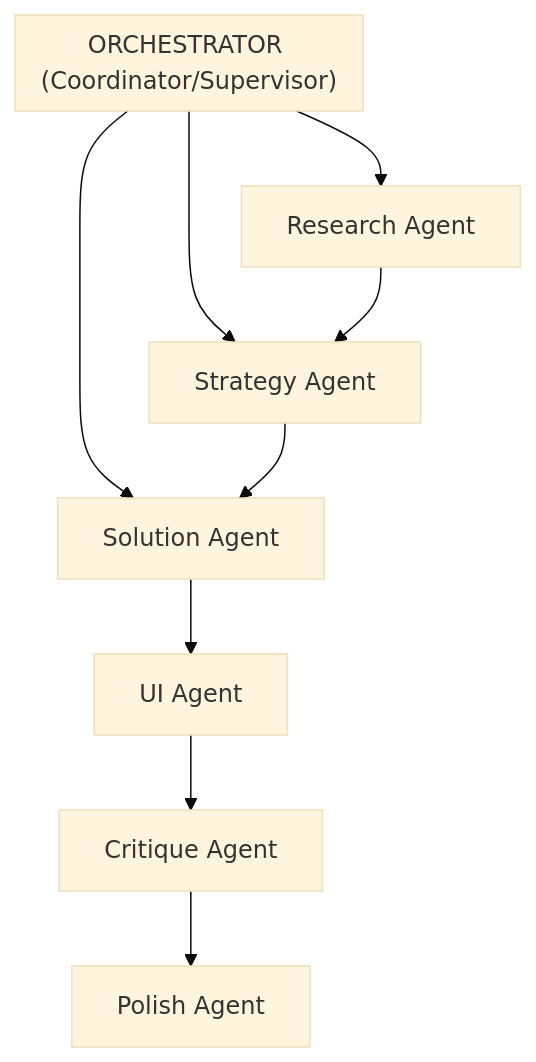
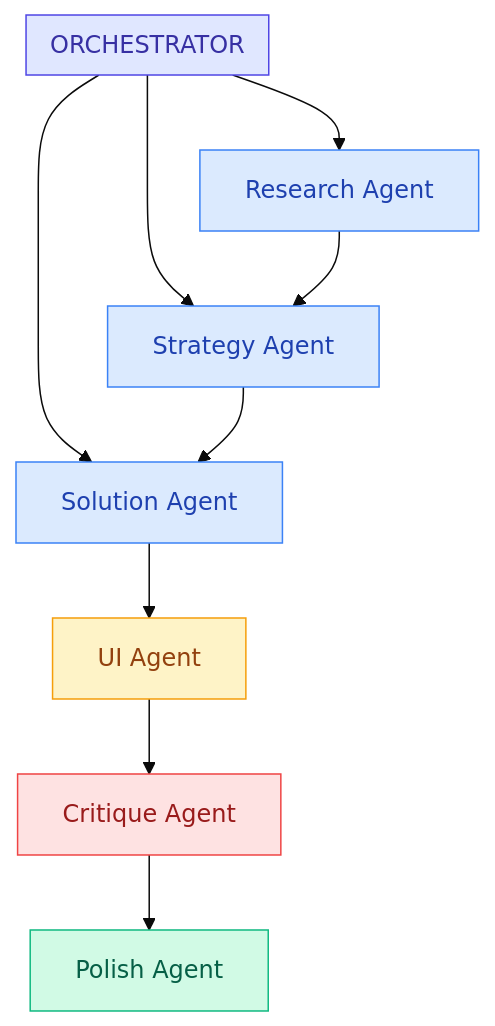
One commit to smileynet/ui-optimizer changed the diagram in docs/workflow/orchestrator.md. Above: the diagram before and after it, drawn with Mermaid (base theme). The commit also changed 8 other files, not shown here.

First line of the commit message:
feat: add diagram best practices and consistent styling

````diff
--- a/docs/workflow/orchestrator.md
+++ b/docs/workflow/orchestrator.md
@@ -11,17 +11,23 @@
 ```mermaid
 flowchart TB
-    subgraph Orchestrator["ORCHESTRATOR (Coordinator/Supervisor)"]
+    classDef orchestrator fill:#E0E7FF,stroke:#4F46E5,color:#3730A3
+    classDef research fill:#DBEAFE,stroke:#3B82F6,color:#1E40AF
+    classDef design fill:#FEF3C7,stroke:#F59E0B,color:#92400E
+    classDef validate fill:#FEE2E2,stroke:#EF4444,color:#991B1B
+    classDef complete fill:#D1FAE5,stroke:#10B981,color:#065F46
+    
+    subgraph Orchestrator["ORCHESTRATOR"]
         direction LR
     end
     
-    Orchestrator --> P1 & P2 & P3
+    Orchestrator:::orchestrator --> P1 & P2 & P3
     
-    P1[Research Agent]
-    P2[Strategy Agent]
-    P3[Solution Agent]
-    P4[UI Agent]
-    P5[Critique Agent]
-    P6[Polish Agent]
+    P1[Research Agent]:::research
+    P2[Strategy Agent]:::research
+    P3[Solution Agent]:::research
+    P4[UI Agent]:::design
+    P5[Critique Agent]:::validate
+    P6[Polish Agent]:::complete
     
     P1 --> P2 --> P3 --> P4 --> P5 --> P6
 ```
````
